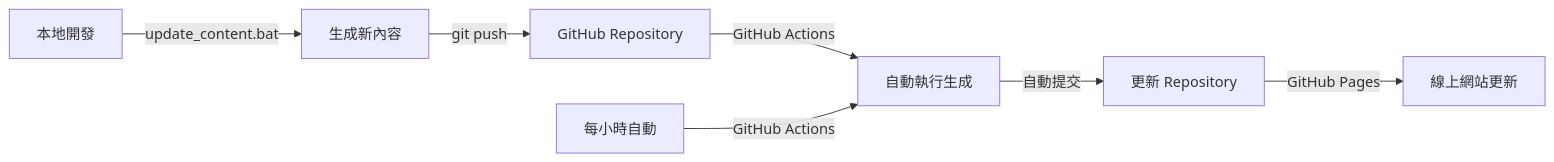
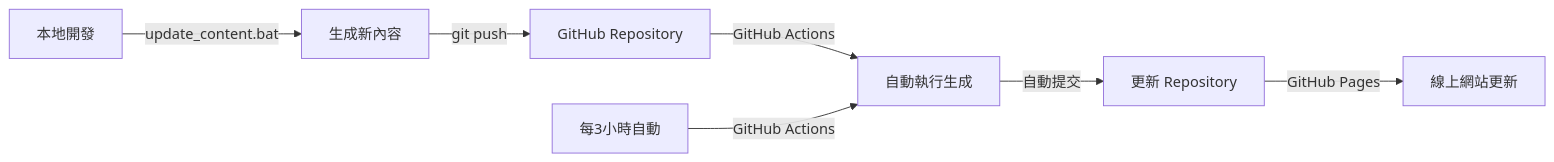
The diagram in README.md (sheng-luen-chung/regular-comix), drawn with Mermaid before and after one commit. The commit also changed other lines of this file and 2 other files, not shown here.

````diff
--- a/README.md
+++ b/README.md
@@ -256,10 +262,10 @@
 ```mermaid
 graph LR
     A[本地開發] -->|update_content.bat| B[生成新內容]
     B -->|git push| C[GitHub Repository]
     C -->|GitHub Actions| D[自動執行生成]
     D -->|自動提交| E[更新 Repository]
     E -->|GitHub Pages| F[線上網站更新]
     
-    G[每小時自動] -->|GitHub Actions| D
+    G[每3小時自動] -->|GitHub Actions| D
 ```
````
